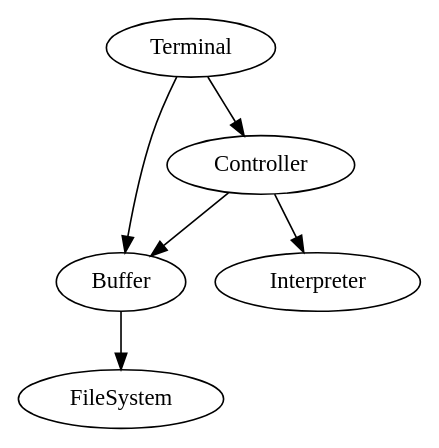
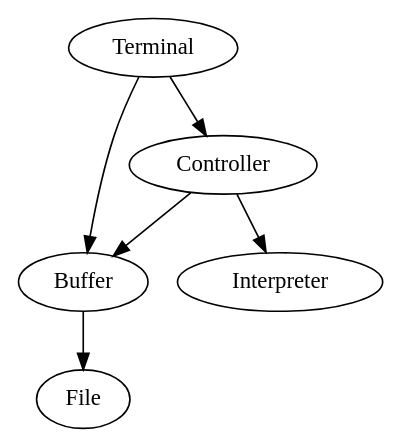
One commit to alexrenda/Omacs changed the diagram in mdd.dot. Above: the diagram before and after it, drawn with Graphviz.

Commit message:
updated mdd

```diff
--- a/mdd.dot
+++ b/mdd.dot
@@ -1,5 +1,5 @@
 digraph mdd {
-    Terminal -> Controller -> Buffer -> FileSystem;
+    Terminal -> Controller -> Buffer -> File;
     Terminal -> Buffer;
     Controller -> Interpreter;
 }
```
